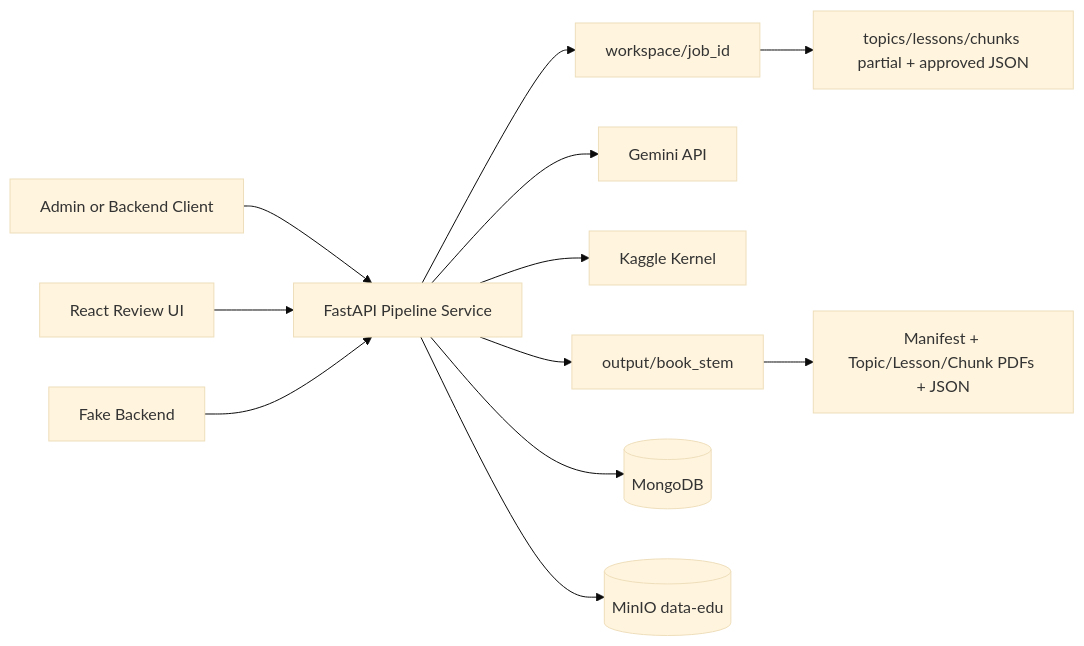
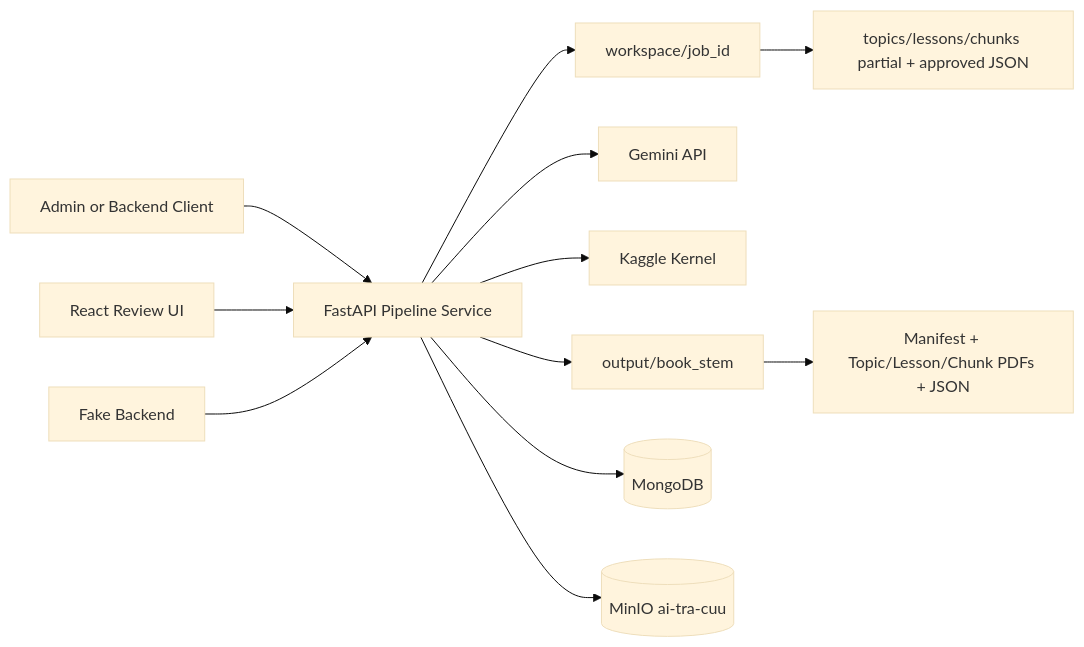
The diagram in docs/ARCHITECTURE.md (Aaron1610-dev/gemini-pdf-pipeline-service), drawn with Mermaid (base theme) before and after one commit. The commit also changed 9 other files, not shown here.

````diff
--- a/docs/ARCHITECTURE.md
+++ b/docs/ARCHITECTURE.md
@@ -56,14 +56,14 @@
 ```mermaid
 flowchart LR
   Client[Admin or Backend Client] --> API[FastAPI Pipeline Service]
   UI[React Review UI] --> API
   Fake[Fake Backend] --> API
   API --> WS[workspace/job_id]
   API --> Gemini[Gemini API]
   API --> Kaggle[Kaggle Kernel]
   API --> Out[output/book_stem]
   API --> Mongo[(MongoDB)]
-  API --> MinIO[(MinIO data-edu)]
+  API --> MinIO[(MinIO ai-tra-cuu)]
   WS --> Review[topics/lessons/chunks partial + approved JSON]
   Out --> Bundle[Manifest + Topic/Lesson/Chunk PDFs + JSON]
 ```
````
